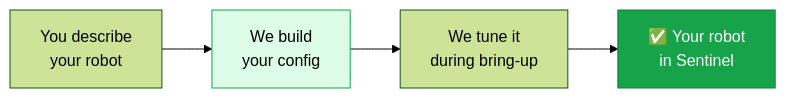
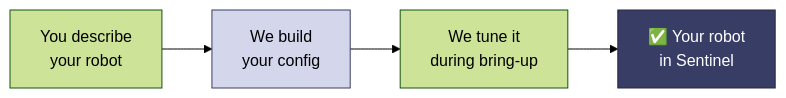
One commit to avearobotics/docs changed the diagram in integration/configuration.mdx. Above: the diagram before and after it, drawn with Mermaid (forest theme). The commit also changed 20 other files, not shown here.

````diff
--- a/integration/configuration.mdx
+++ b/integration/configuration.mdx
@@ -14,9 +14,9 @@
 ```mermaid
 flowchart LR
     A["You describe<br/>your robot"] --> B["We build<br/>your config"]
     B --> C["We tune it<br/>during bring-up"]
     C --> D["✅ Your robot<br/>in Sentinel"]
 
-    style B fill:#dcfce7,stroke:#16A34A
-    style D fill:#16A34A,color:#fff,stroke:#15803D
+    style B fill:#d4d7ec,stroke:#383d66
+    style D fill:#383d66,color:#fff,stroke:#252840
 ```
````
